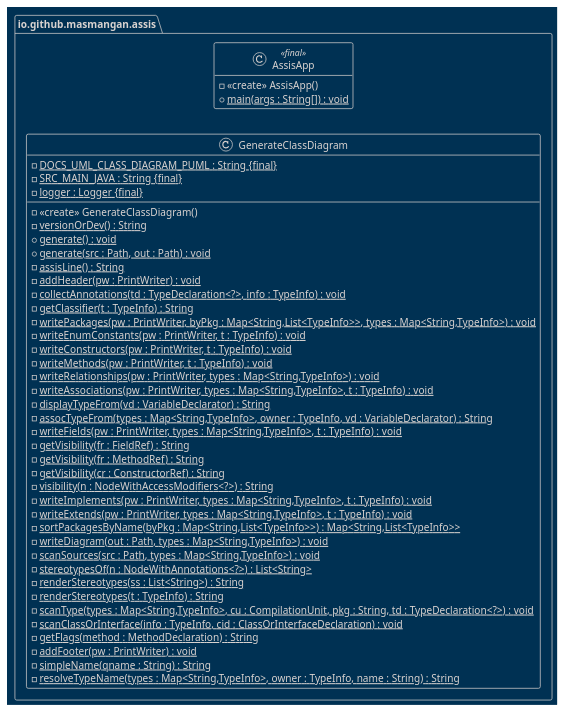
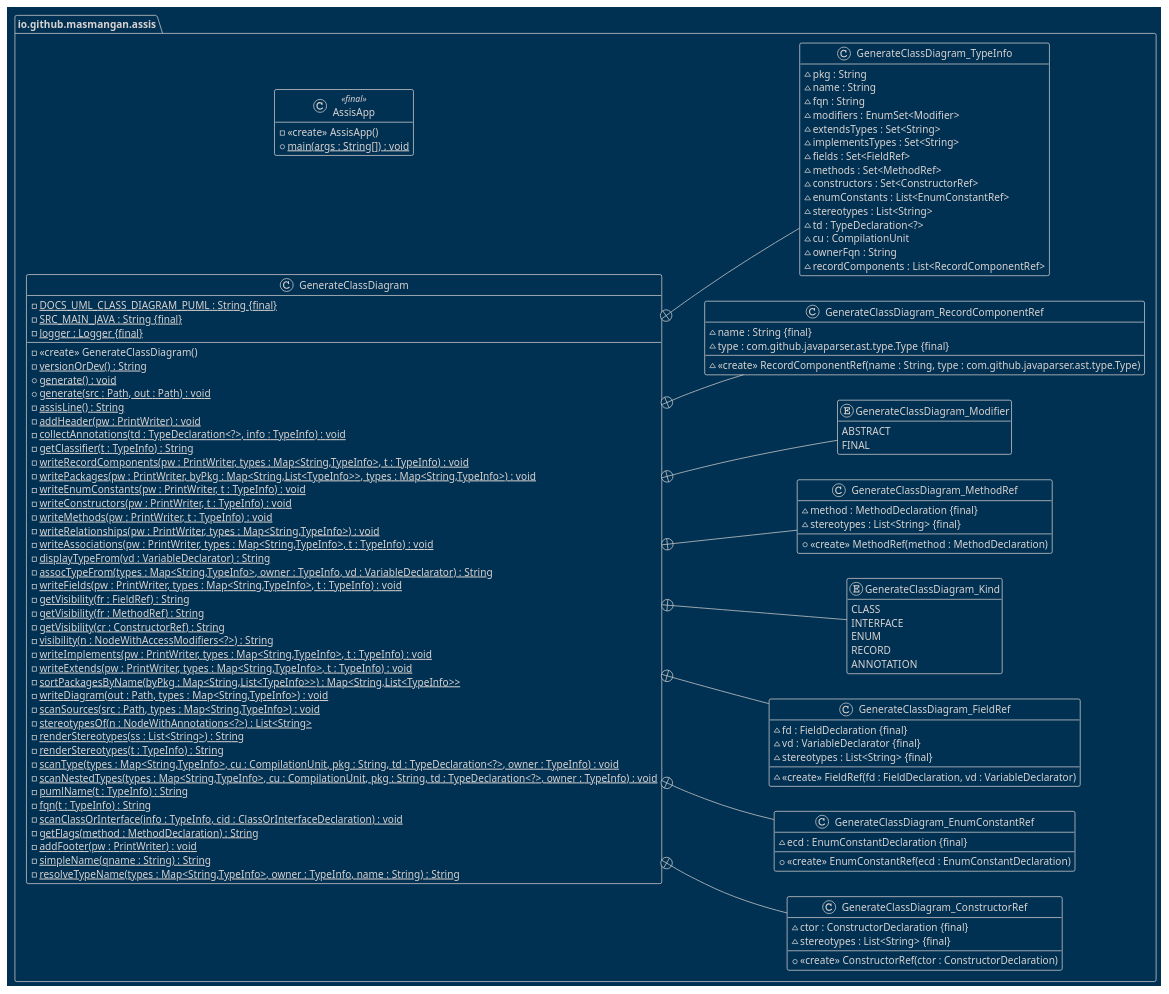
The diagram in docs/diagrams/src/class-diagram.puml (masmangan/javaparser-to-plantuml), drawn with PlantUML before and after one commit.

Commit message:
chore: Update ASSIS class diagram.

```diff
--- a/docs/diagrams/src/class-diagram.puml
+++ b/docs/diagrams/src/class-diagram.puml
@@ -1,60 +1,126 @@
 @startuml class-diagram
 
 hide empty members
 
 !theme blueprint
 !pragma useIntermediatePackages false
 
 package "io.github.masmangan.assis" {
 class "io.github.masmangan.assis.AssisApp" <<final>> {
   - <<create>> AssisApp()
   + main(args : String[]) : void {static}
 }
 class "io.github.masmangan.assis.GenerateClassDiagram" {
   - {static} DOCS_UML_CLASS_DIAGRAM_PUML : String {final}
   - {static} SRC_MAIN_JAVA : String {final}
   - {static} logger : Logger {final}
   - <<create>> GenerateClassDiagram()
   - versionOrDev() : String {static}
   + generate() : void {static}
   + generate(src : Path, out : Path) : void {static}
   - assisLine() : String {static}
   - addHeader(pw : PrintWriter) : void {static}
   - collectAnnotations(td : TypeDeclaration<?>, info : TypeInfo) : void {static}
   - getClassifier(t : TypeInfo) : String {static}
+  - writeRecordComponents(pw : PrintWriter, types : Map<String,TypeInfo>, t : TypeInfo) : void {static}
   - writePackages(pw : PrintWriter, byPkg : Map<String,List<TypeInfo>>, types : Map<String,TypeInfo>) : void {static}
   - writeEnumConstants(pw : PrintWriter, t : TypeInfo) : void {static}
   - writeConstructors(pw : PrintWriter, t : TypeInfo) : void {static}
   - writeMethods(pw : PrintWriter, t : TypeInfo) : void {static}
   - writeRelationships(pw : PrintWriter, types : Map<String,TypeInfo>) : void {static}
   - writeAssociations(pw : PrintWriter, types : Map<String,TypeInfo>, t : TypeInfo) : void {static}
   - displayTypeFrom(vd : VariableDeclarator) : String {static}
   - assocTypeFrom(types : Map<String,TypeInfo>, owner : TypeInfo, vd : VariableDeclarator) : String {static}
   - writeFields(pw : PrintWriter, types : Map<String,TypeInfo>, t : TypeInfo) : void {static}
   - getVisibility(fr : FieldRef) : String {static}
   - getVisibility(fr : MethodRef) : String {static}
   - getVisibility(cr : ConstructorRef) : String {static}
   - visibility(n : NodeWithAccessModifiers<?>) : String {static}
   - writeImplements(pw : PrintWriter, types : Map<String,TypeInfo>, t : TypeInfo) : void {static}
   - writeExtends(pw : PrintWriter, types : Map<String,TypeInfo>, t : TypeInfo) : void {static}
   - sortPackagesByName(byPkg : Map<String,List<TypeInfo>>) : Map<String,List<TypeInfo>> {static}
   - writeDiagram(out : Path, types : Map<String,TypeInfo>) : void {static}
   - scanSources(src : Path, types : Map<String,TypeInfo>) : void {static}
   - stereotypesOf(n : NodeWithAnnotations<?>) : List<String> {static}
   - renderStereotypes(ss : List<String>) : String {static}
   - renderStereotypes(t : TypeInfo) : String {static}
-  - scanType(types : Map<String,TypeInfo>, cu : CompilationUnit, pkg : String, td : TypeDeclaration<?>) : void {static}
+  - scanType(types : Map<String,TypeInfo>, cu : CompilationUnit, pkg : String, td : TypeDeclaration<?>, owner : TypeInfo) : void {static}
+  - scanNestedTypes(types : Map<String,TypeInfo>, cu : CompilationUnit, pkg : String, td : TypeDeclaration<?>, owner : TypeInfo) : void {static}
+  - pumlName(t : TypeInfo) : String {static}
+  - fqn(t : TypeInfo) : String {static}
   - scanClassOrInterface(info : TypeInfo, cid : ClassOrInterfaceDeclaration) : void {static}
   - getFlags(method : MethodDeclaration) : String {static}
   - addFooter(pw : PrintWriter) : void {static}
   - simpleName(qname : String) : String {static}
   - resolveTypeName(types : Map<String,TypeInfo>, owner : TypeInfo, name : String) : String {static}
 }
+class "io.github.masmangan.assis.GenerateClassDiagram_ConstructorRef" {
+  ~ ctor : ConstructorDeclaration {final}
+  ~ stereotypes : List<String> {final}
+  + <<create>> ConstructorRef(ctor : ConstructorDeclaration)
 }
+class "io.github.masmangan.assis.GenerateClassDiagram_EnumConstantRef" {
+  ~ ecd : EnumConstantDeclaration {final}
+  + <<create>> EnumConstantRef(ecd : EnumConstantDeclaration)
+}
+class "io.github.masmangan.assis.GenerateClassDiagram_FieldRef" {
+  ~ fd : FieldDeclaration {final}
+  ~ vd : VariableDeclarator {final}
+  ~ stereotypes : List<String> {final}
+  ~ <<create>> FieldRef(fd : FieldDeclaration, vd : VariableDeclarator)
+}
+enum "io.github.masmangan.assis.GenerateClassDiagram_Kind" {
+  CLASS
+  INTERFACE
+  ENUM
+  RECORD
+  ANNOTATION
+}
+class "io.github.masmangan.assis.GenerateClassDiagram_MethodRef" {
+  ~ method : MethodDeclaration {final}
+  ~ stereotypes : List<String> {final}
+  + <<create>> MethodRef(method : MethodDeclaration)
+}
+enum "io.github.masmangan.assis.GenerateClassDiagram_Modifier" {
+  ABSTRACT
+  FINAL
+}
+class "io.github.masmangan.assis.GenerateClassDiagram_RecordComponentRef" {
+  ~ name : String {final}
+  ~ type : com.github.javaparser.ast.type.Type {final}
+  ~ <<create>> RecordComponentRef(name : String, type : com.github.javaparser.ast.type.Type)
+}
+class "io.github.masmangan.assis.GenerateClassDiagram_TypeInfo" {
+  ~ pkg : String
+  ~ name : String
+  ~ fqn : String
+  ~ modifiers : EnumSet<Modifier>
+  ~ extendsTypes : Set<String>
+  ~ implementsTypes : Set<String>
+  ~ fields : Set<FieldRef>
+  ~ methods : Set<MethodRef>
+  ~ constructors : Set<ConstructorRef>
+  ~ enumConstants : List<EnumConstantRef>
+  ~ stereotypes : List<String>
+  ~ td : TypeDeclaration<?>
+  ~ cu : CompilationUnit
+  ~ ownerFqn : String
+  ~ recordComponents : List<RecordComponentRef>
+}
+}
+"io.github.masmangan.assis.GenerateClassDiagram" +-- "io.github.masmangan.assis.GenerateClassDiagram_Kind"
+"io.github.masmangan.assis.GenerateClassDiagram" +-- "io.github.masmangan.assis.GenerateClassDiagram_Modifier"
+"io.github.masmangan.assis.GenerateClassDiagram" +-- "io.github.masmangan.assis.GenerateClassDiagram_RecordComponentRef"
+"io.github.masmangan.assis.GenerateClassDiagram" +-- "io.github.masmangan.assis.GenerateClassDiagram_EnumConstantRef"
+"io.github.masmangan.assis.GenerateClassDiagram" +-- "io.github.masmangan.assis.GenerateClassDiagram_FieldRef"
+"io.github.masmangan.assis.GenerateClassDiagram" +-- "io.github.masmangan.assis.GenerateClassDiagram_ConstructorRef"
+"io.github.masmangan.assis.GenerateClassDiagram" +-- "io.github.masmangan.assis.GenerateClassDiagram_MethodRef"
+"io.github.masmangan.assis.GenerateClassDiagram" +-- "io.github.masmangan.assis.GenerateClassDiagram_TypeInfo"
+"io.github.masmangan.assis.GenerateClassDiagram.TypeInfo" --> "io.github.masmangan.assis.GenerateClassDiagram.Kind" : kind
 
 left to right direction
 
 ' Generated with ASSIS (Java -> UML)
 ' https://github.com/masmangan/assis
 
 @enduml
```
